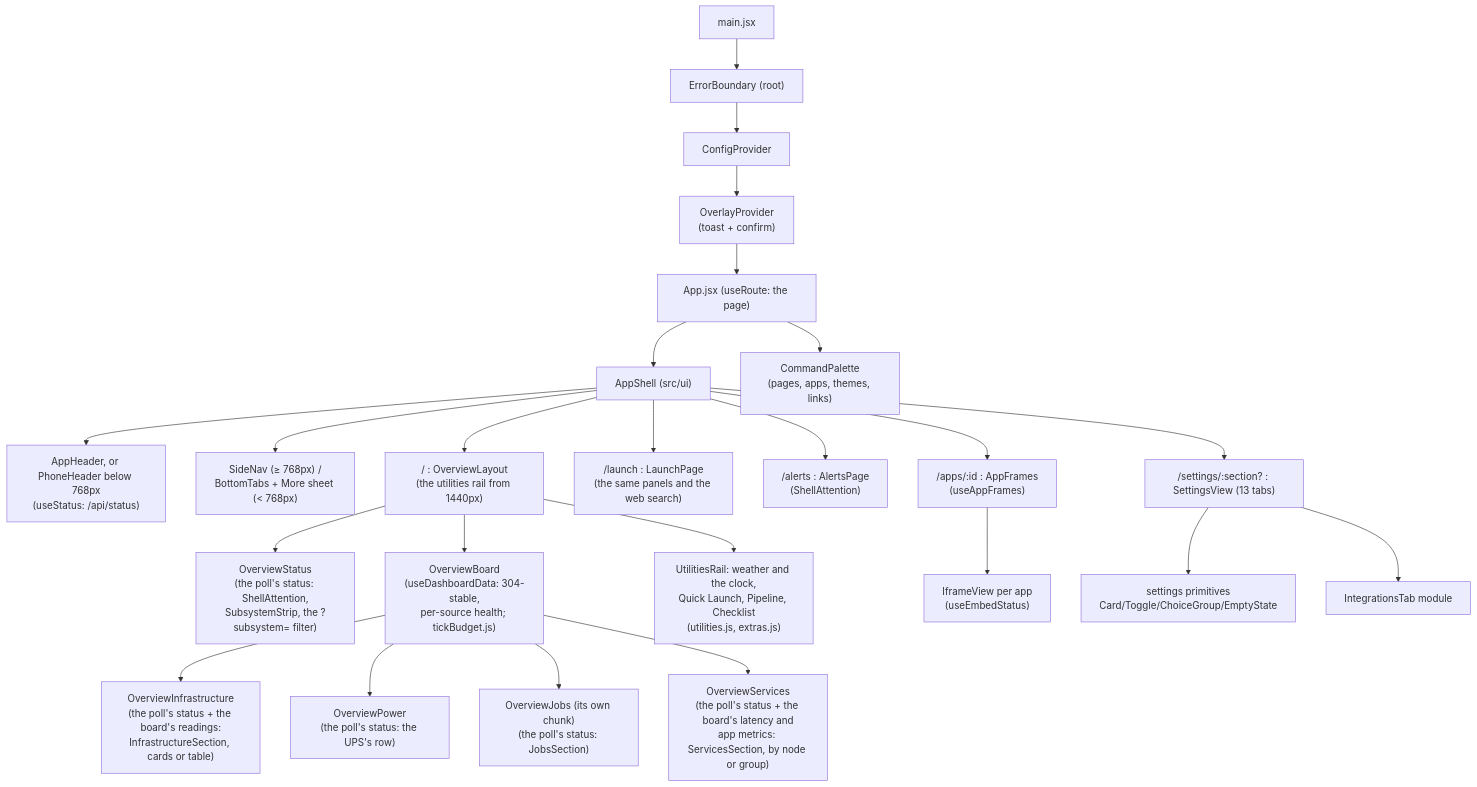
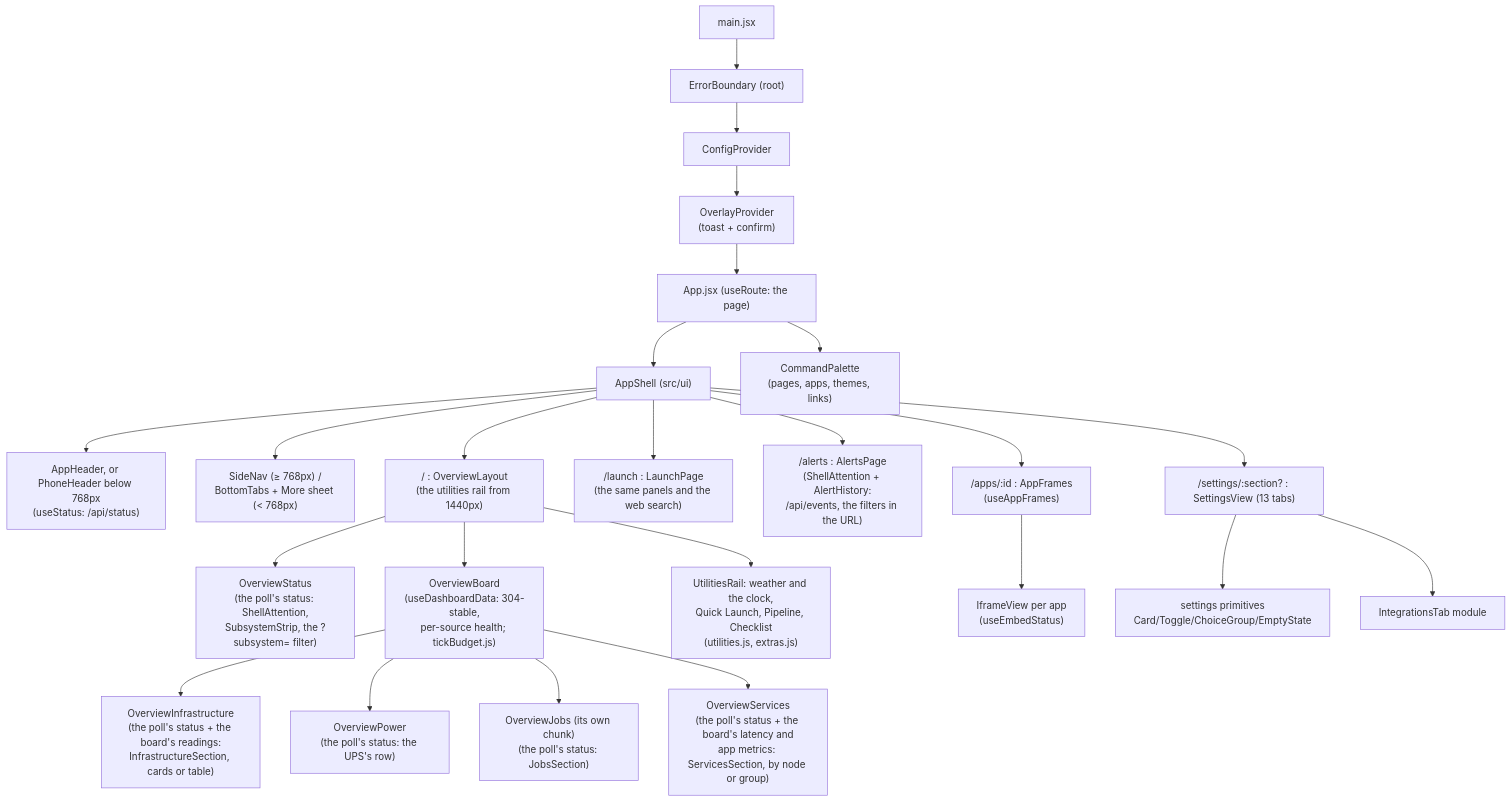
One commit to jagbhandal/jaghelm changed the fourth of 5 diagrams in docs/ARCHITECTURE.md. Above: the diagram before and after it, drawn with Mermaid. The commit also changed other lines of this file and 5 other files, not shown here.

First line of the commit message:
docs(alerts): the Alerts page, events filters and components; fragments (#314)

````diff
--- a/docs/ARCHITECTURE.md
+++ b/docs/ARCHITECTURE.md
@@ -2122,26 +2133,26 @@
 ```mermaid
 flowchart TD
   MAIN["main.jsx"] --> EB["ErrorBoundary (root)"]
   EB --> CP["ConfigProvider"]
   CP --> OP["OverlayProvider<br/>(toast + confirm)"]
   OP --> APP["App.jsx (useRoute: the page)"]
   APP --> SH["AppShell (src/ui)"]
   SH --> HD["AppHeader, or PhoneHeader below 768px<br/>(useStatus: /api/status)"]
   SH --> SN["SideNav (≥ 768px) /<br/>BottomTabs + More sheet (< 768px)"]
   APP --> CPAL["CommandPalette<br/>(pages, apps, themes, links)"]
   SH --> OL["/ : OverviewLayout<br/>(the utilities rail from 1440px)"]
   OL --> OS["OverviewStatus<br/>(the poll's status: ShellAttention,<br/>SubsystemStrip, the ?subsystem= filter)"]
   OL --> DV["OverviewBoard<br/>(useDashboardData: 304-stable,<br/>per-source health; tickBudget.js)"]
   OL --> UR["UtilitiesRail: weather and the clock,<br/>Quick Launch, Pipeline, Checklist<br/>(utilities.js, extras.js)"]
   SH --> LP["/launch : LaunchPage<br/>(the same panels and the web search)"]
   DV --> OI["OverviewInfrastructure<br/>(the poll's status + the board's readings:<br/>InfrastructureSection, cards or table)"]
   DV --> OPW["OverviewPower<br/>(the poll's status: the UPS's row)"]
   DV --> OJ["OverviewJobs (its own chunk)<br/>(the poll's status: JobsSection)"]
   DV --> OSV["OverviewServices<br/>(the poll's status + the board's latency and<br/>app metrics: ServicesSection, by node or group)"]
-  SH --> AP["/alerts : AlertsPage<br/>(ShellAttention)"]
+  SH --> AP["/alerts : AlertsPage<br/>(ShellAttention + AlertHistory:<br/>/api/events, the filters in the URL)"]
   SH --> SV["/settings/:section? : SettingsView (13 tabs)"]
   SH --> AF["/apps/:id : AppFrames<br/>(useAppFrames)"]
   AF --> IV["IframeView per app<br/>(useEmbedStatus)"]
   SV --> PRIM["settings primitives<br/>Card/Toggle/ChoiceGroup/EmptyState"]
   SV --> ITAB["IntegrationsTab module"]
 ```
````
